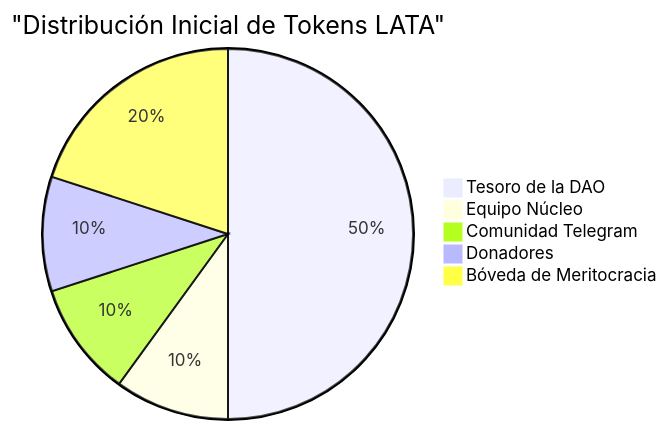
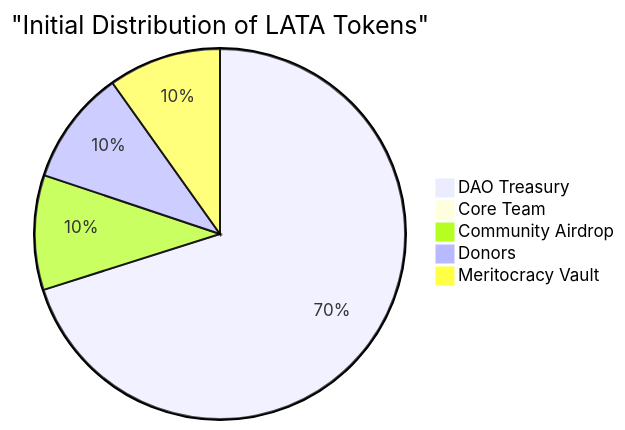
The second of 7 diagrams in YellowPaper.md (eth-ecuador/eth-ecuador-dao), drawn with Mermaid before and after one commit. The commit also changed other lines of this file, not shown here.

````diff
--- a/YellowPaper.md
+++ b/YellowPaper.md
@@ -106,9 +112,9 @@
 ```mermaid
 pie
-    title "Distribución Inicial de Tokens LATA"
-    "Tesoro de la DAO" : 5000
-    "Equipo Núcleo" : 1000
-    "Comunidad Telegram" : 1000
-    "Donadores" : 1000
-    "Bóveda de Meritocracia" : 2000
+    title "Initial Distribution of LATA Tokens"
+    "DAO Treasury" : 7000
+    "Core Team" : 17
+    "Community Airdrop" : 1000
+    "Donors" : 1000
+    "Meritocracy Vault" : 983
 ```
````
